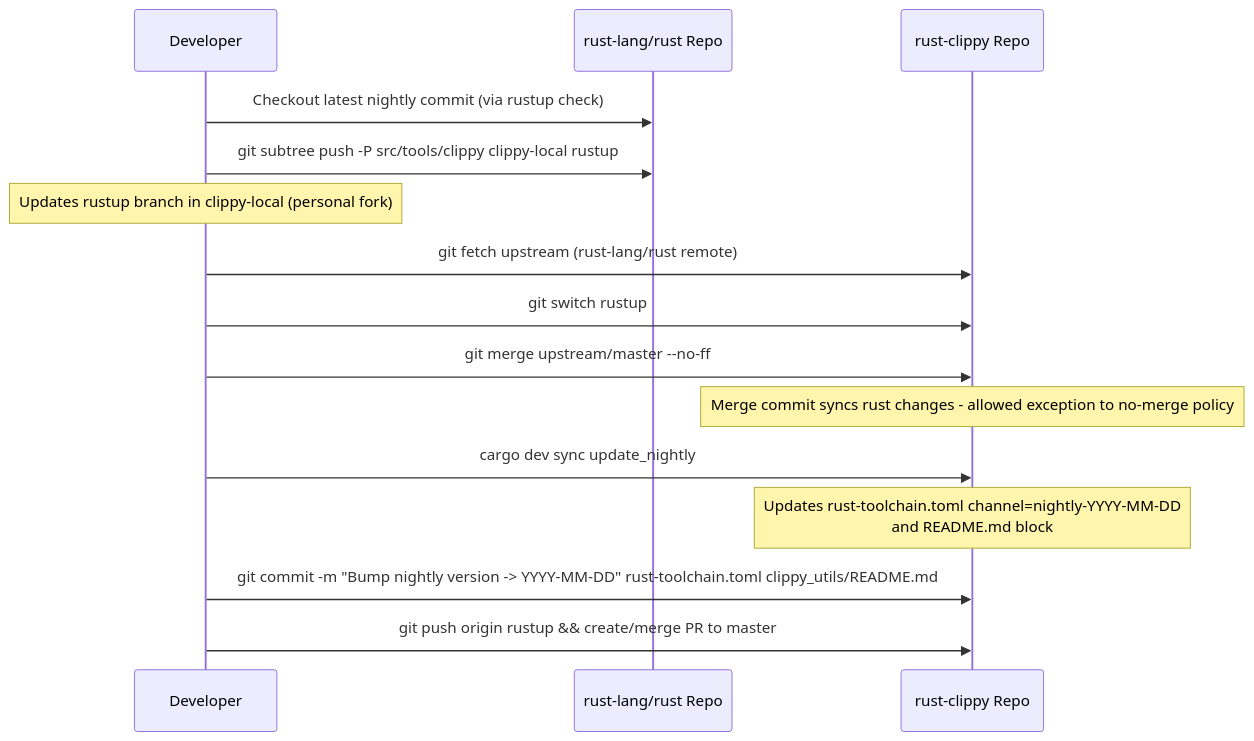
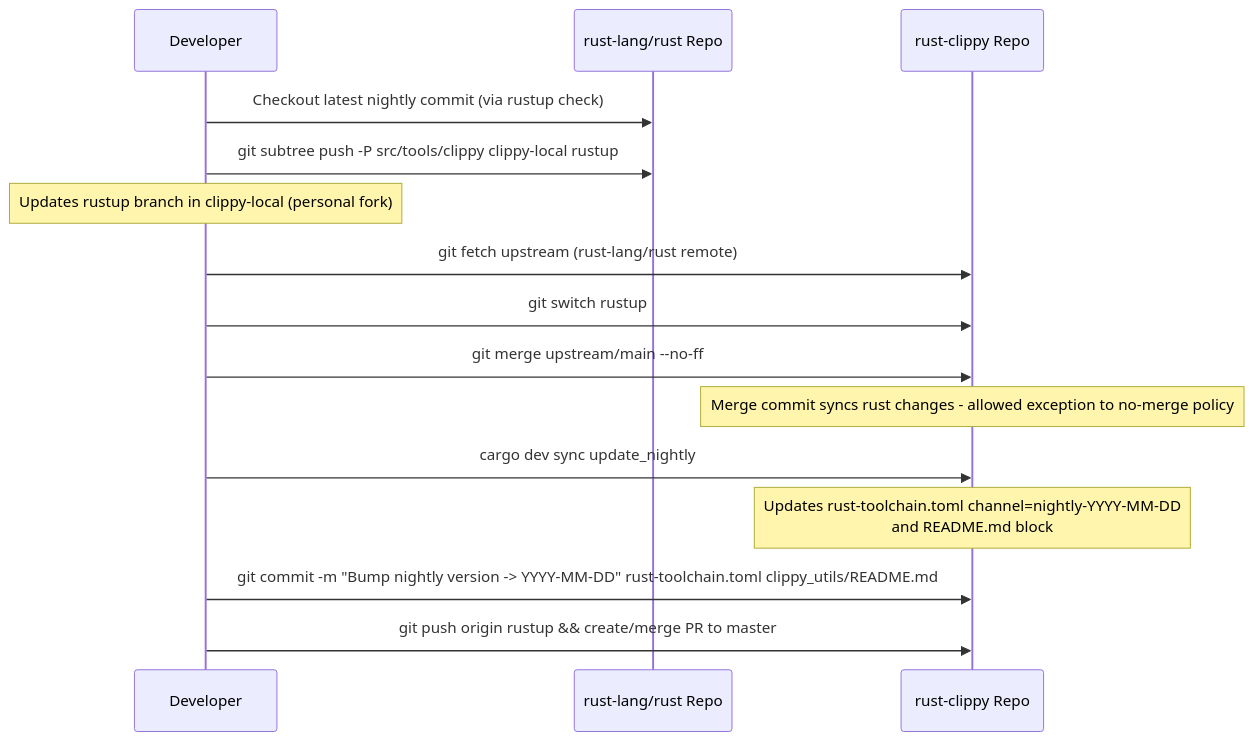
Before and after one commit to gauravagerwala/rust-clippy: the first of 2 diagrams in .exp/design-workflow-9-sync-rustc.md, drawn with Mermaid. The commit also changed other lines of this file and 1 other file, not shown here.

````diff
--- a/.exp/design-workflow-9-sync-rustc.md
+++ b/.exp/design-workflow-9-sync-rustc.md
@@ -45,17 +45,17 @@
 ```mermaid
 sequenceDiagram
     participant D as Developer
     participant RR as rust-lang/rust Repo
     participant CR as rust-clippy Repo
     D->>RR: Checkout latest nightly commit (via rustup check)
     D->>RR: git subtree push -P src/tools/clippy clippy-local rustup
     Note over D: Updates rustup branch in clippy-local (personal fork)
     D->>CR: git fetch upstream (rust-lang/rust remote)
     D->>CR: git switch rustup
-    D->>CR: git merge upstream/master --no-ff
+    D->>CR: git merge upstream/main --no-ff
     Note over CR: Merge commit syncs rust changes - allowed exception to no-merge policy
     D->>CR: cargo dev sync update_nightly
     Note over CR: Updates rust-toolchain.toml channel=nightly-YYYY-MM-DD<br/>and README.md block
     D->>CR: git commit -m "Bump nightly version -> YYYY-MM-DD" rust-toolchain.toml clippy_utils/README.md
     D->>CR: git push origin rustup && create/merge PR to master
 ```
````
